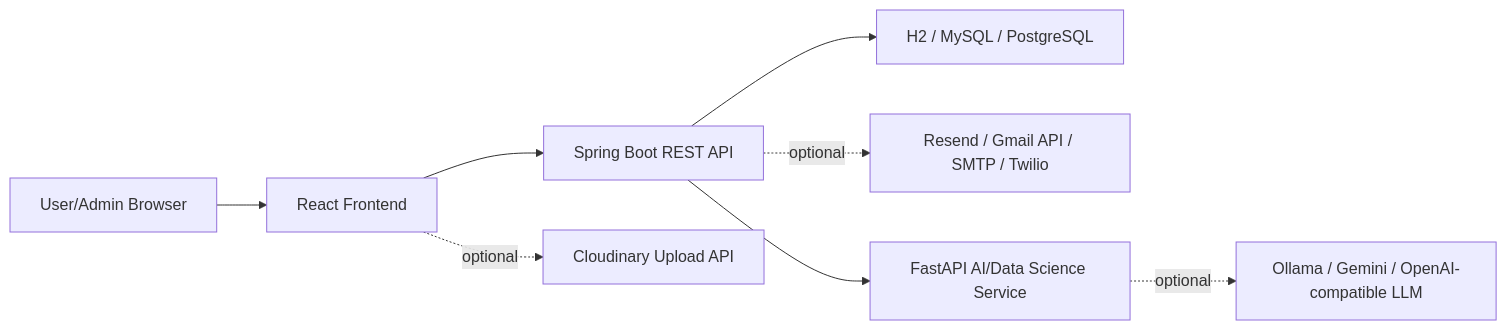
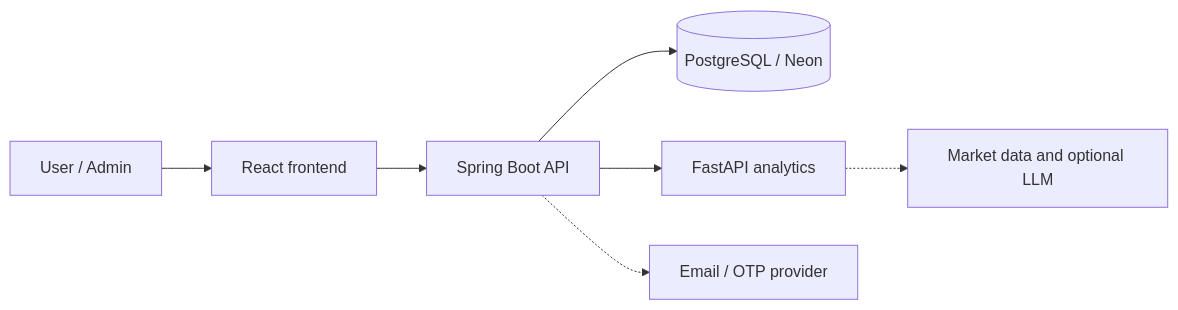
Before and after one commit to tausifalam6879/Loan_Verification_System: the diagram in README.md, drawn with Mermaid. The commit also changed other lines of this file and 2 other files, not shown here.

````diff
--- a/README.md
+++ b/README.md
@@ -62,10 +19,9 @@
 ```mermaid
 flowchart LR
-    user["User/Admin Browser"] --> react["React Frontend"]
-    react --> api["Spring Boot REST API"]
-    api --> database["H2 / MySQL / PostgreSQL"]
-    api -.optional.-> notifications["Resend / Gmail API / SMTP / Twilio"]
-    react -.optional.-> cloudinary["Cloudinary Upload API"]
-    api --> ai["FastAPI AI/Data Science Service"]
-    ai -.optional.-> llm["Ollama / Gemini / OpenAI-compatible LLM"]
+    Browser["User / Admin"] --> UI["React frontend"]
+    UI --> API["Spring Boot API"]
+    API --> DB[("PostgreSQL / Neon")]
+    API --> AI["FastAPI analytics"]
+    API -.-> Mail["Email / OTP provider"]
+    AI -.-> Data["Market data and optional LLM"]
 ```
````
